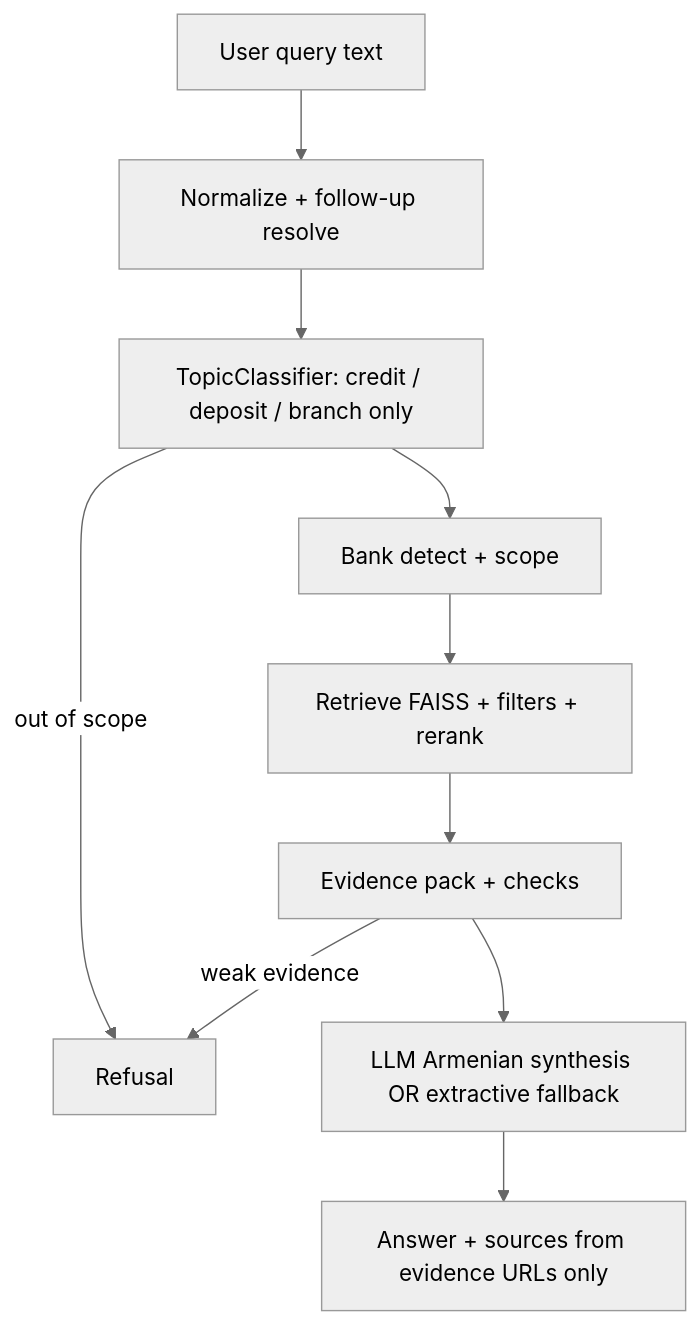
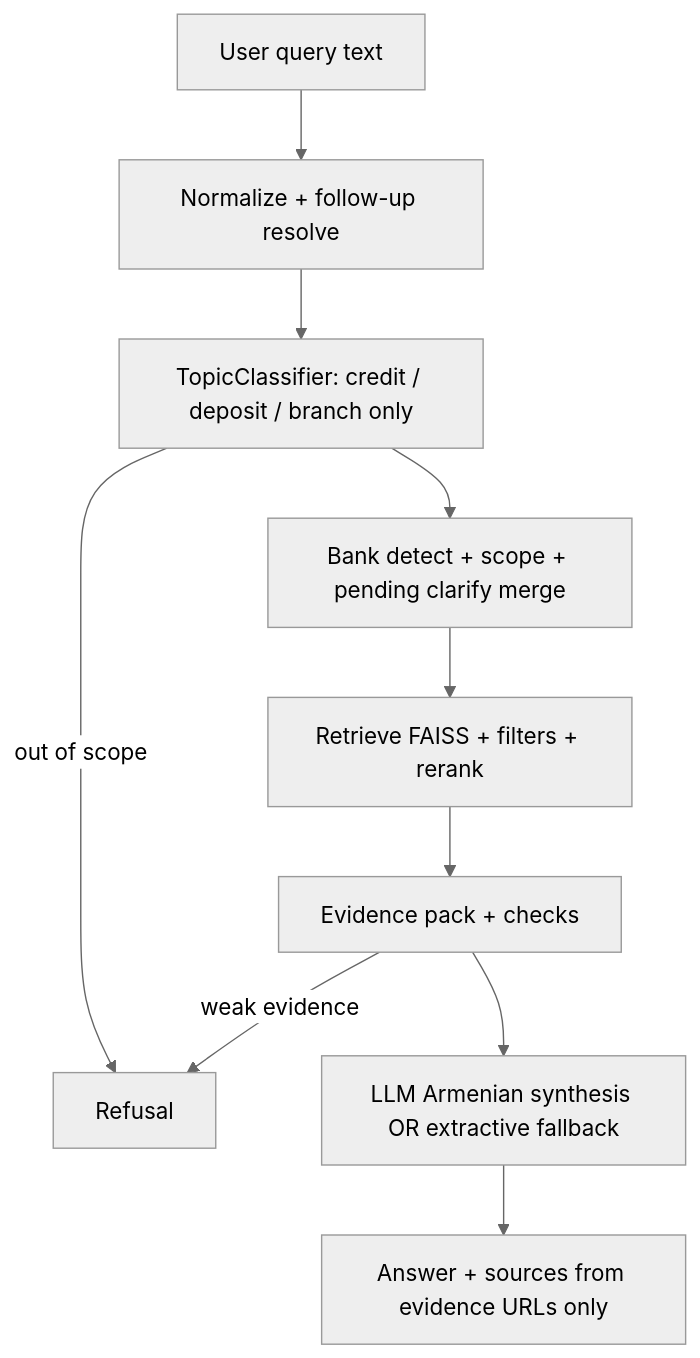
One commit to Taron2005/AI_banking_support_agent changed the second of 3 diagrams in README.md. Above: the diagram before and after it, drawn with Mermaid (neutral theme). The commit also changed other lines of this file and 120 other files, not shown here.

First line of the commit message:
Runtime: multi-turn bank clarify, TF/protobuf bootstrap, GPU/FAISS options

````diff
--- a/README.md
+++ b/README.md
@@ -44,12 +45,12 @@
 ```mermaid
 flowchart TD
   Q[User query text] --> N[Normalize + follow-up resolve]
   N --> T[TopicClassifier: credit / deposit / branch only]
   T -->|out of scope| R[Refusal]
-  T --> B[Bank detect + scope]
+  T --> B[Bank detect + scope + pending clarify merge]
   B --> RET[Retrieve FAISS + filters + rerank]
   RET --> E[Evidence pack + checks]
   E -->|weak evidence| R
   E --> L[LLM Armenian synthesis OR extractive fallback]
   L --> A[Answer + sources from evidence URLs only]
 ```
````
